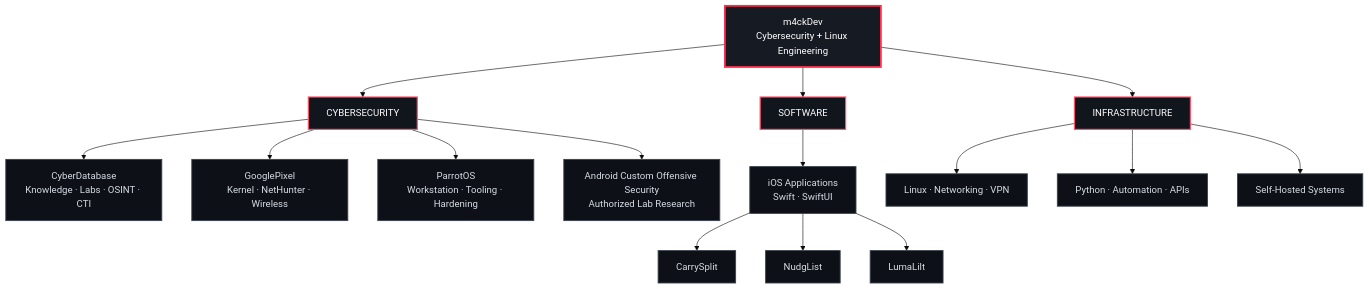
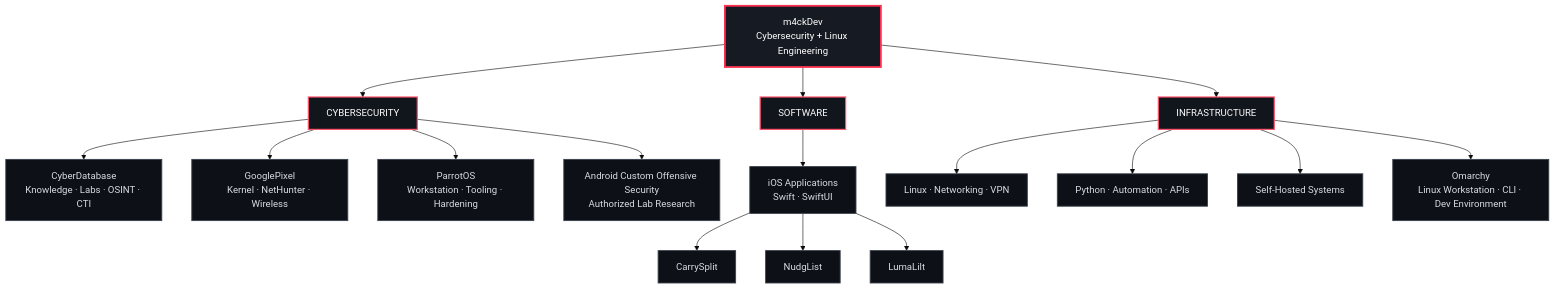
Before and after one commit to m4ckDev/m4ckDev: the diagram in README.md, drawn with Mermaid (base theme). The commit also changed other lines of this file, not shown here.

Commit message:
Add Omarchy to flagship systems

```diff
--- a/README.md
+++ b/README.md
@@ -31,30 +31,31 @@
 ~~~mermaid
 flowchart TB
     M["m4ckDev<br/>Cybersecurity + Linux Engineering"]
 
     M --> SEC["CYBERSECURITY"]
     M --> DEV["SOFTWARE"]
     M --> INFRA["INFRASTRUCTURE"]
 
     SEC --> CDB["CyberDatabase<br/>Knowledge · Labs · OSINT · CTI"]
     SEC --> PIX["GooglePixel<br/>Kernel · NetHunter · Wireless"]
     SEC --> PAR["ParrotOS<br/>Workstation · Tooling · Hardening"]
     SEC --> AND["Android Custom Offensive Security<br/>Authorized Lab Research"]
 
     DEV --> IOS["iOS Applications<br/>Swift · SwiftUI"]
     IOS --> CS["CarrySplit"]
     IOS --> NL["NudgList"]
     IOS --> LL["LumaLilt"]
 
     INFRA --> NET["Linux · Networking · VPN"]
     INFRA --> AUTO["Python · Automation · APIs"]
     INFRA --> SELF["Self-Hosted Systems"]
+    INFRA --> OMA["Omarchy<br/>Linux Workstation · CLI · Dev Environment"]
 
     classDef root fill:#161a22,stroke:#ff304f,color:#ffffff,stroke-width:3px;
     classDef major fill:#11151c,stroke:#ff526d,color:#ffffff,stroke-width:2px;
     classDef node fill:#0d1117,stroke:#3a414d,color:#d7dce5,stroke-width:1.5px;
 
     class M root;
     class SEC,DEV,INFRA major;
-    class CDB,PIX,PAR,AND,IOS,CS,NL,LL,NET,AUTO,SELF node;
+    class CDB,PIX,PAR,AND,IOS,CS,NL,LL,NET,AUTO,SELF,OMA node;
 ~~~
```
